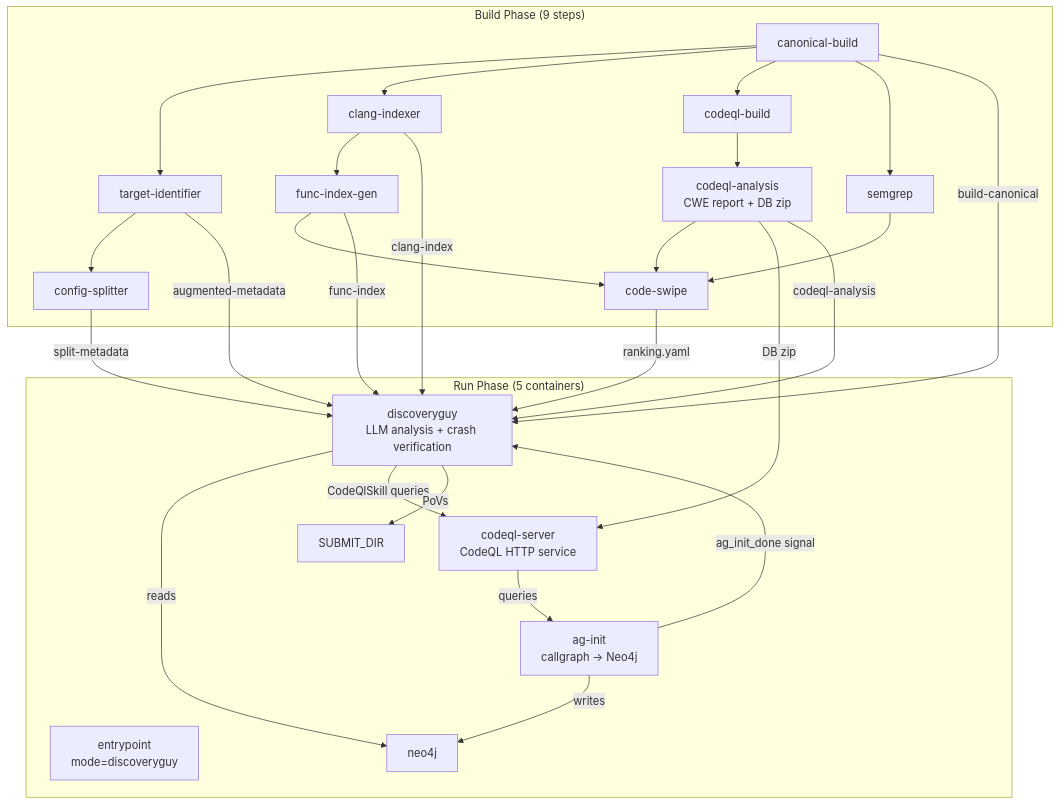
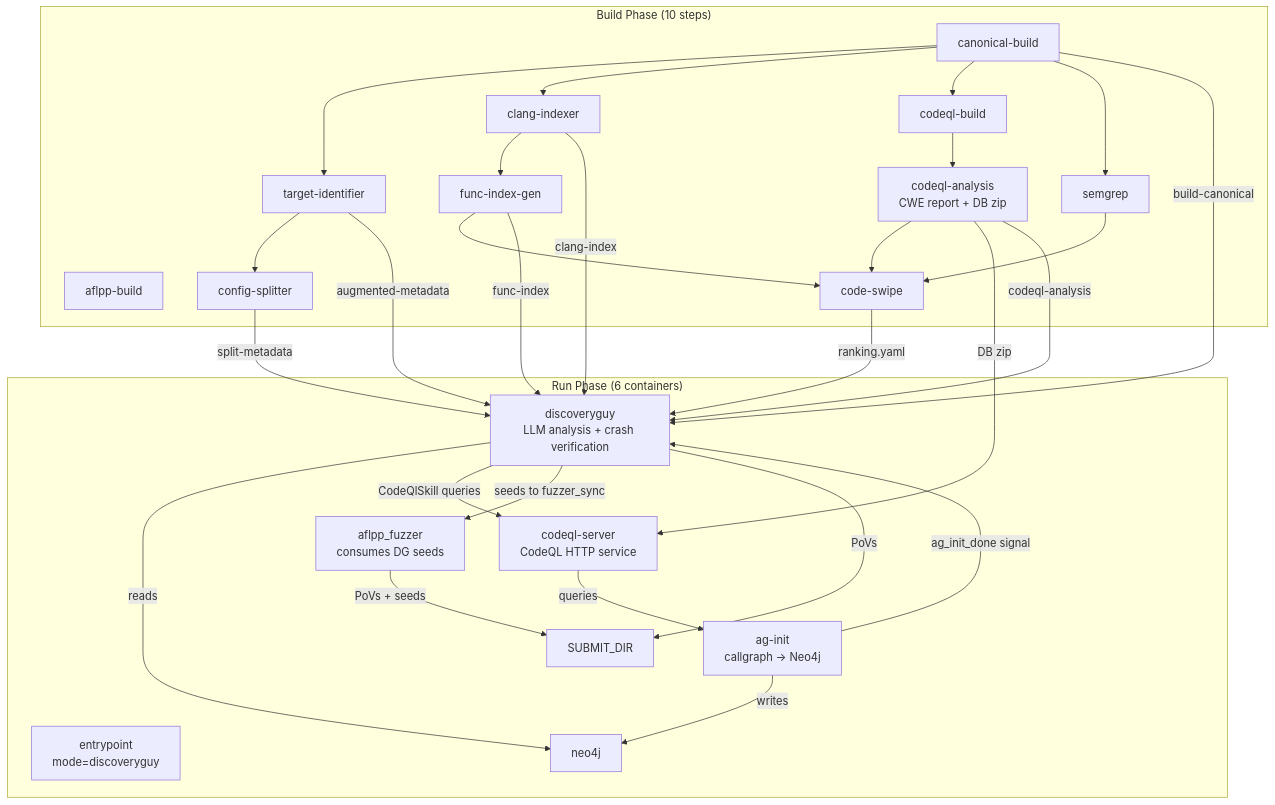
Before and after one commit to Team-Atlanta/shellphish-oss-crs: the diagram in docs/crs-shellphish-discoveryguy.md, drawn with Mermaid. The commit also changed other lines of this file and 6 other files, not shown here.

````diff
--- a/docs/crs-shellphish-discoveryguy.md
+++ b/docs/crs-shellphish-discoveryguy.md
@@ -7,40 +7,44 @@
 ```mermaid
 graph TD
-    subgraph "Build Phase (9 steps)"
+    subgraph "Build Phase (10 steps)"
         CB[canonical-build] --> TI[target-identifier]
         CB --> CI[clang-indexer]
         CB --> CQL[codeql-build]
+        AB[aflpp-build]
         TI --> CS[config-splitter]
         CI --> FI[func-index-gen]
         CB --> SEM[semgrep]
         CQL --> CQA[codeql-analysis<br/>CWE report + DB zip]
         FI --> SW[code-swipe]
         SEM --> SW
         CQA --> SW
     end
 
-    subgraph "Run Phase (5 containers)"
+    subgraph "Run Phase (6 containers)"
         EP[entrypoint<br/>mode=discoveryguy]
         NEO[neo4j]
         CQLS[codeql-server<br/>CodeQL HTTP service]
         AGI[ag-init<br/>callgraph → Neo4j]
+        AFL[aflpp_fuzzer<br/>consumes DG seeds]
         DG[discoveryguy<br/>LLM analysis + crash verification]
 
         CQA -->|DB zip| CQLS
         CQLS -->|queries| AGI
         AGI -->|writes| NEO
         AGI -->|ag_init_done signal| DG
 
         SW -->|ranking.yaml| DG
         CB -->|build-canonical| DG
         FI -->|func-index| DG
         CI -->|clang-index| DG
         TI -->|augmented-metadata| DG
         CS -->|split-metadata| DG
         CQA -->|codeql-analysis| DG
 
         DG -->|reads| NEO
         DG -->|CodeQlSkill queries| CQLS
+        DG -->|seeds to fuzzer_sync| AFL
         DG -->|PoVs| SUB[SUBMIT_DIR]
+        AFL -->|PoVs + seeds| SUB
     end
 ```
````
